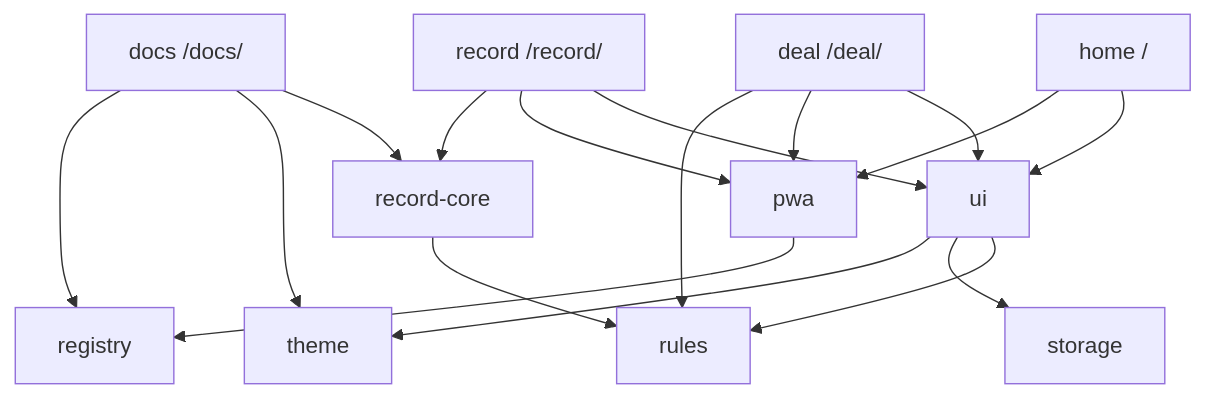
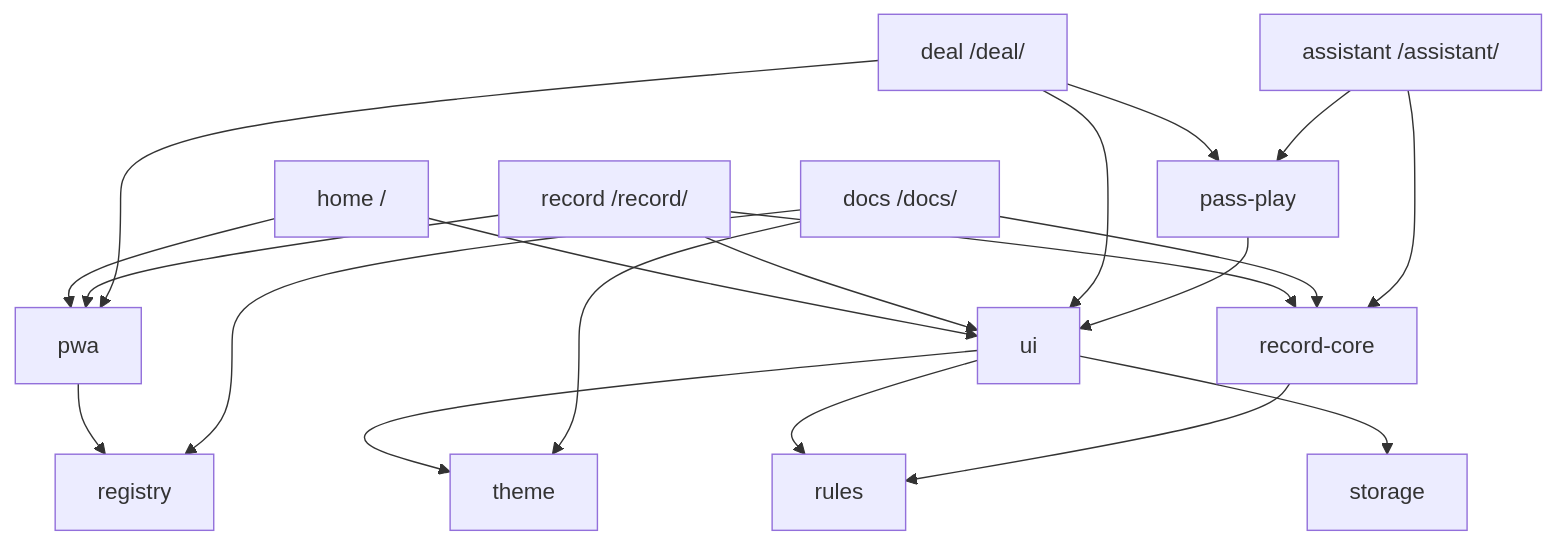
One commit to mirumodapon/avalon-tools changed the diagram in apps/docs/dev/architecture.md. Above: the diagram before and after it, drawn with Mermaid. The commit also changed other lines of this file and 4 other files, not shown here.

````diff
--- a/apps/docs/dev/architecture.md
+++ b/apps/docs/dev/architecture.md
@@ -15,30 +15,35 @@
 ```mermaid
 flowchart TD
   home["home  /"]
   record["record  /record/"]
   deal["deal  /deal/"]
+  assistant["assistant  /assistant/"]
   docs["docs  /docs/"]
   ui[ui]
+  passplay[pass-play]
   pwa[pwa]
   core[record-core]
   rules[rules]
   registry[registry]
   storage[storage]
   theme[theme]
   home --> ui
   record --> ui
   deal --> ui
   home --> pwa
   record --> pwa
   deal --> pwa
   record --> core
   docs --> core
-  deal --> rules
+  deal --> passplay
+  assistant --> passplay
+  assistant --> core
+  passplay --> ui
   ui --> rules
   ui --> storage
   ui --> theme
   core --> rules
   pwa --> registry
   docs --> theme
   docs --> registry
 ```
````
